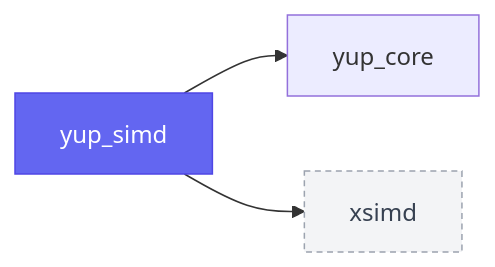
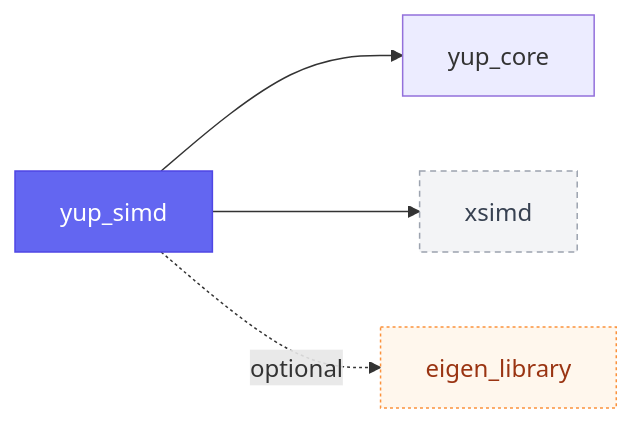
Before and after one commit to kunitoki/yup: the second of 19 diagrams in docs/modules.md, drawn with Mermaid. The commit also changed other lines of this file and 13 other files, not shown here.

````diff
--- a/docs/modules.md
+++ b/docs/modules.md
@@ -42,7 +71,9 @@
 ```mermaid
 flowchart LR
     yup_simd:::self --> yup_core
     yup_simd --> xsimd:::ext
+    yup_simd -. optional .-> eigen_library:::opt
     classDef self fill:#6366f1,color:#fff,stroke:#4f46e5;
     classDef ext fill:#f3f4f6,color:#374151,stroke:#9ca3af,stroke-dasharray:4 3;
+    classDef opt fill:#fff7ed,color:#9a3412,stroke:#fb923c,stroke-dasharray:2 2;
 ```
````
